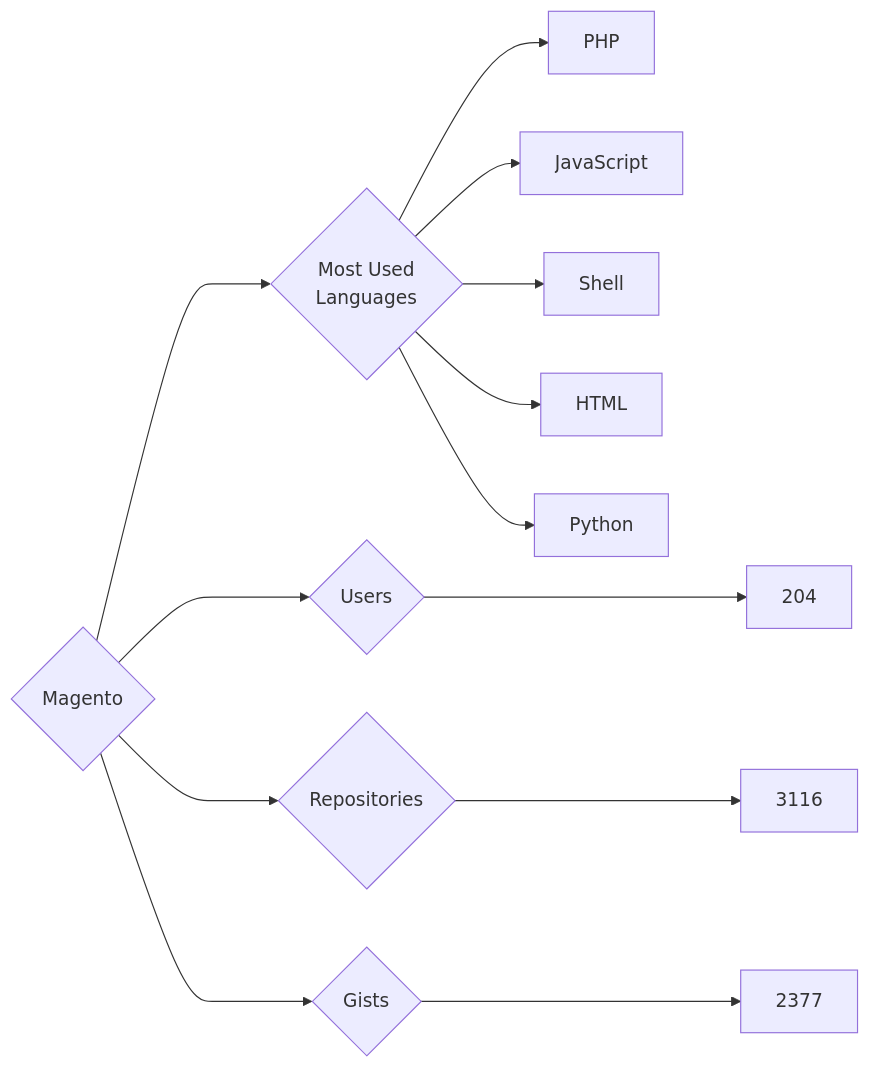
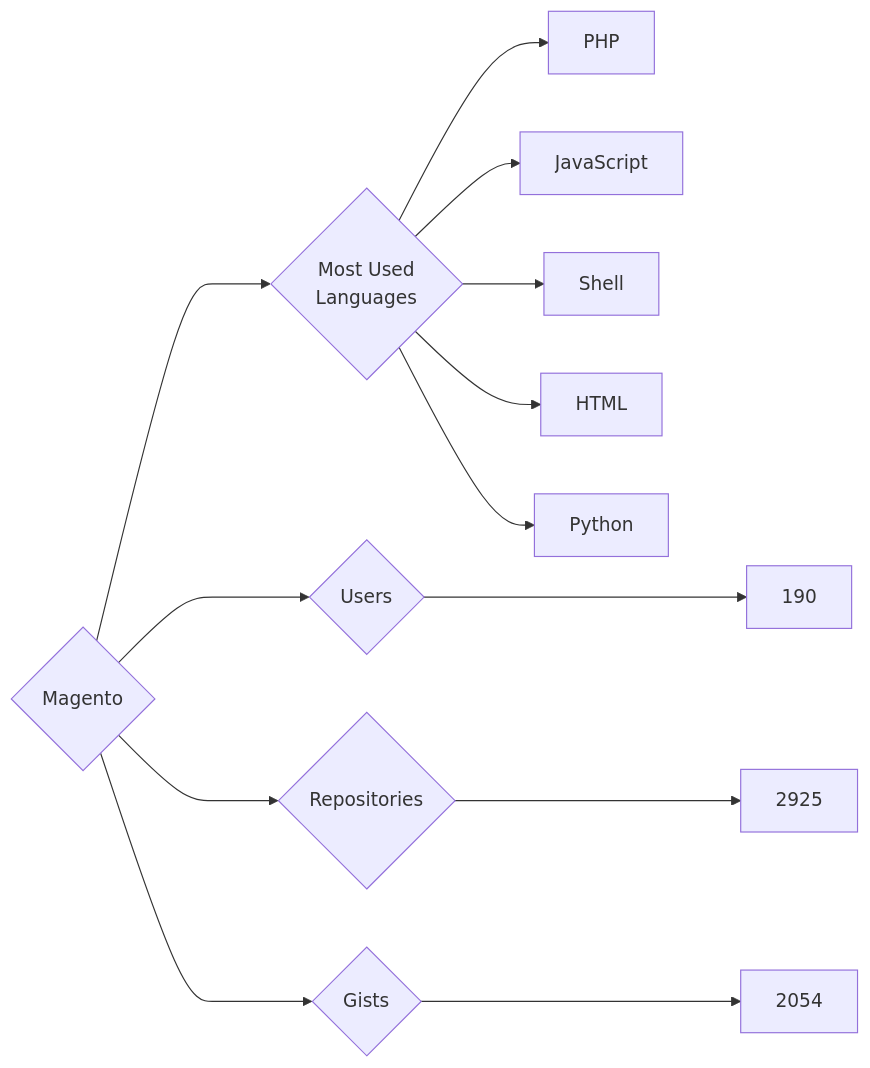
Before and after one commit to trickest/insiders: the diagram in targets/Magento/README.md, drawn with Mermaid. The commit also changed 797 other files, not shown here.

````diff
--- a/targets/Magento/README.md
+++ b/targets/Magento/README.md
@@ -3,13 +3,13 @@
 ```mermaid
 graph LR
 COMPANY_NAME{Magento}
-COMPANY_NAME ---> U{Users} ---> UN[204]
-COMPANY_NAME ---> R{Repositories} ---> RN[3116]
-COMPANY_NAME ---> G{Gists} ---> GN[2377]
+COMPANY_NAME ---> U{Users} ---> UN[190]
+COMPANY_NAME ---> R{Repositories} ---> RN[2925]
+COMPANY_NAME ---> G{Gists} ---> GN[2054]
 COMPANY_NAME ---> ML{Most Used<br>Languages}
 ML --> PHP[PHP]
 ML --> JavaScript[JavaScript]
 ML --> Shell[Shell]
 ML --> HTML[HTML]
 ML --> Python[Python]
 ```
````
